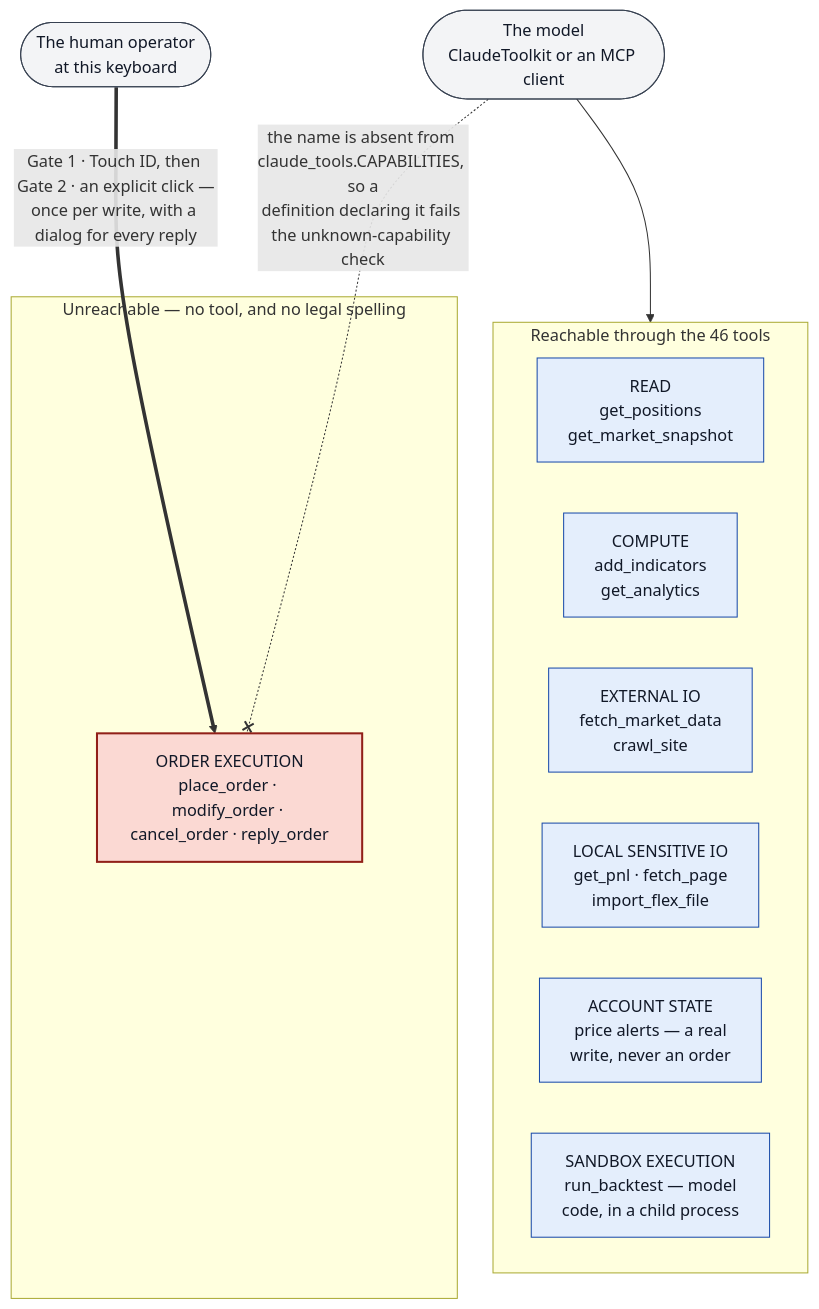
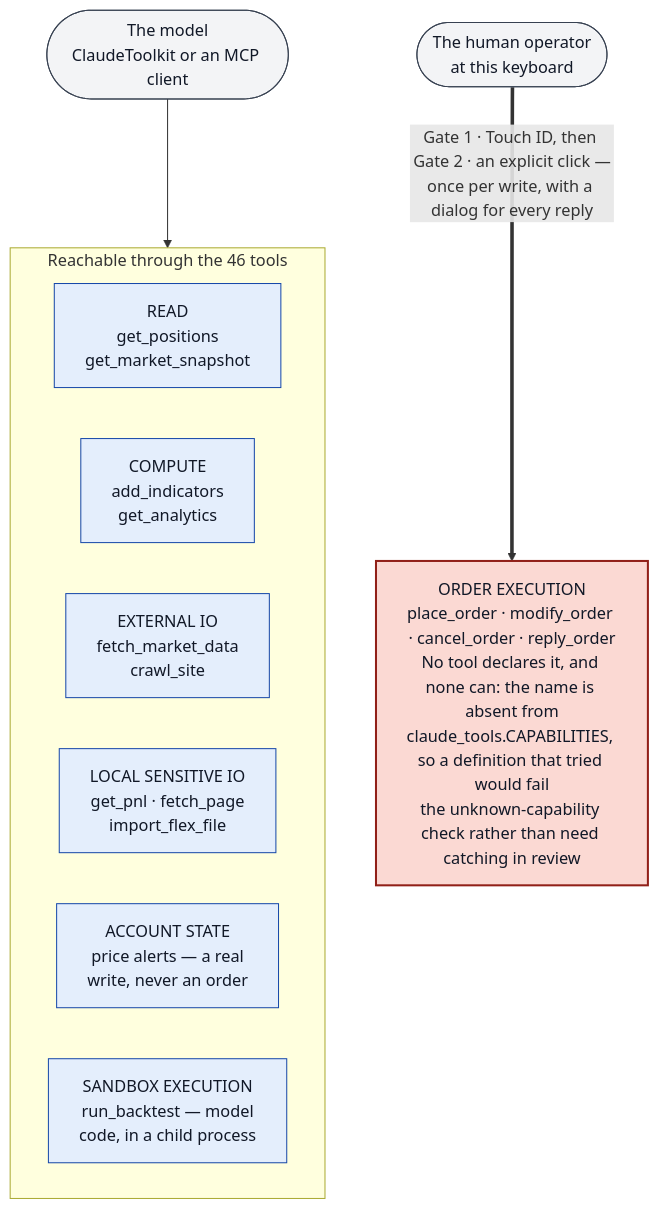
The first of 5 diagrams in docs/security-architecture.md (stephus182/ibkr_core_mcp), drawn with Mermaid before and after one commit. The commit also changed other lines of this file and 1 other file, not shown here.

First line of the commit message:
docs: redraw two diagrams that measured perfectly and read wrongly

````diff
--- a/docs/security-architecture.md
+++ b/docs/security-architecture.md
@@ -97,31 +96,28 @@
 ```mermaid
 flowchart TB
     classDef reach fill:#e4eefc,stroke:#1849a9,color:#111827
     classDef norch fill:#fbd9d3,stroke:#912018,color:#111827,stroke-width:2px
     classDef actor fill:#f3f4f6,stroke:#374151,color:#111827
 
     M(["The model<br/>ClaudeToolkit or an MCP client"])
     H(["The human operator<br/>at this keyboard"])
 
     subgraph REACH["Reachable through the 46 tools"]
         direction LR
         T1["READ<br/>get_positions<br/>get_market_snapshot"]
         T2["COMPUTE<br/>add_indicators<br/>get_analytics"]
         T3["EXTERNAL IO<br/>fetch_market_data<br/>crawl_site"]
         T4["LOCAL SENSITIVE IO<br/>get_pnl · fetch_page<br/>import_flex_file"]
         T5["ACCOUNT STATE<br/>price alerts — a real<br/>write, never an order"]
         T6["SANDBOX EXECUTION<br/>run_backtest — model<br/>code, in a child process"]
     end
 
-    subgraph NOREACH["Unreachable — no tool, and no legal spelling"]
-        T7["ORDER EXECUTION<br/>place_order · modify_order · cancel_order · reply_order"]
-    end
+    OE["ORDER EXECUTION<br/>place_order · modify_order · cancel_order · reply_order<br/>No tool declares it, and none can: the name is absent from<br/>claude_tools.CAPABILITIES, so a definition that tried would fail<br/>the unknown-capability check rather than need catching in review"]
 
     M --> REACH
-    M -. "the name is absent from claude_tools.CAPABILITIES, so a<br/>definition declaring it fails the unknown-capability check" .-x T7
-    H == "Gate 1 · Touch ID, then Gate 2 · an explicit click —<br/>once per write, with a dialog for every reply" ==> T7
+    H == "Gate 1 · Touch ID, then Gate 2 · an explicit click —<br/>once per write, with a dialog for every reply" ==> OE
 
     class T1,T2,T3,T4,T5,T6 reach
-    class T7 norch
+    class OE norch
     class M,H actor
 ```
````
